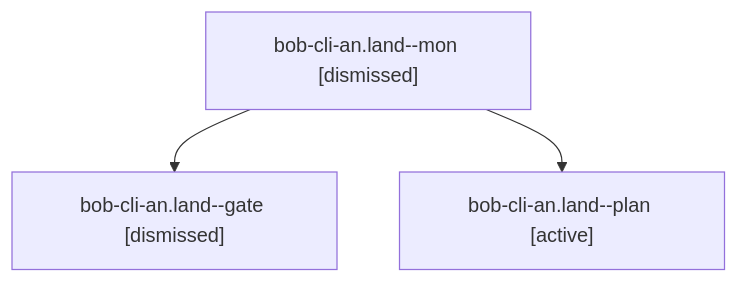
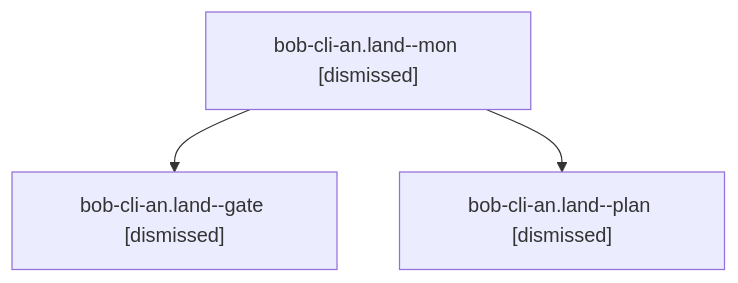
Before and after one commit to bobs-org/bob-cli--agents: the diagram in sessions/bbugyi200.athena.bob-cli-an.land.md, drawn with Mermaid. The commit also changed other lines of this file and 485 other files, not shown here.

````diff
--- a/sessions/bbugyi200.athena.bob-cli-an.land.md
+++ b/sessions/bbugyi200.athena.bob-cli-an.land.md
@@ -9,8 +9,8 @@
 ```mermaid
 flowchart TD
   n0["bob-cli-an.land--mon [dismissed]"]
   n1["bob-cli-an.land--gate [dismissed]"]
   n0 --> n1
-  n2["bob-cli-an.land--plan [active]"]
+  n2["bob-cli-an.land--plan [dismissed]"]
   n0 --> n2
 ```
````
